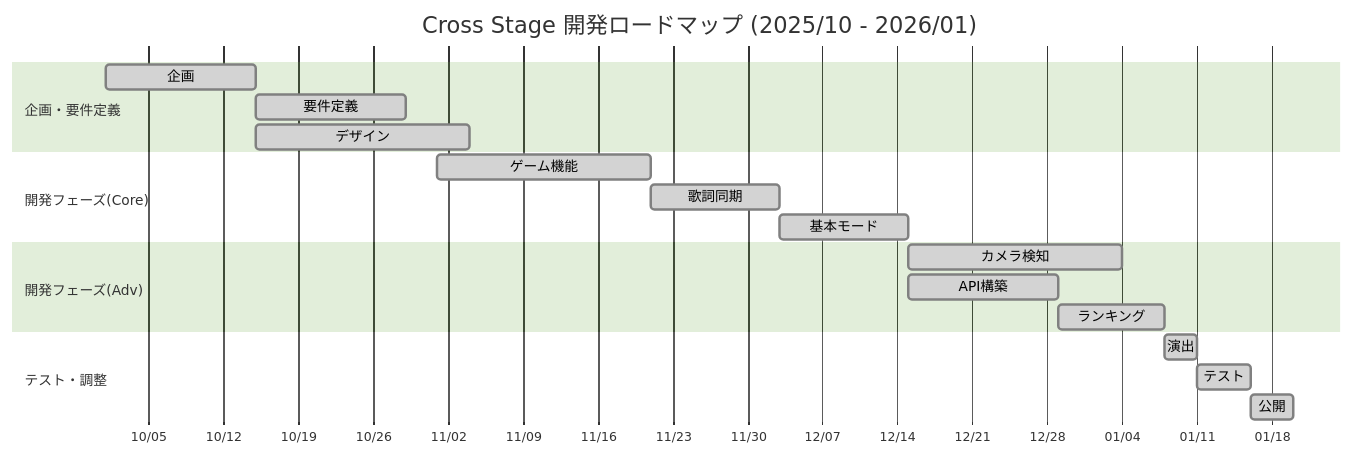
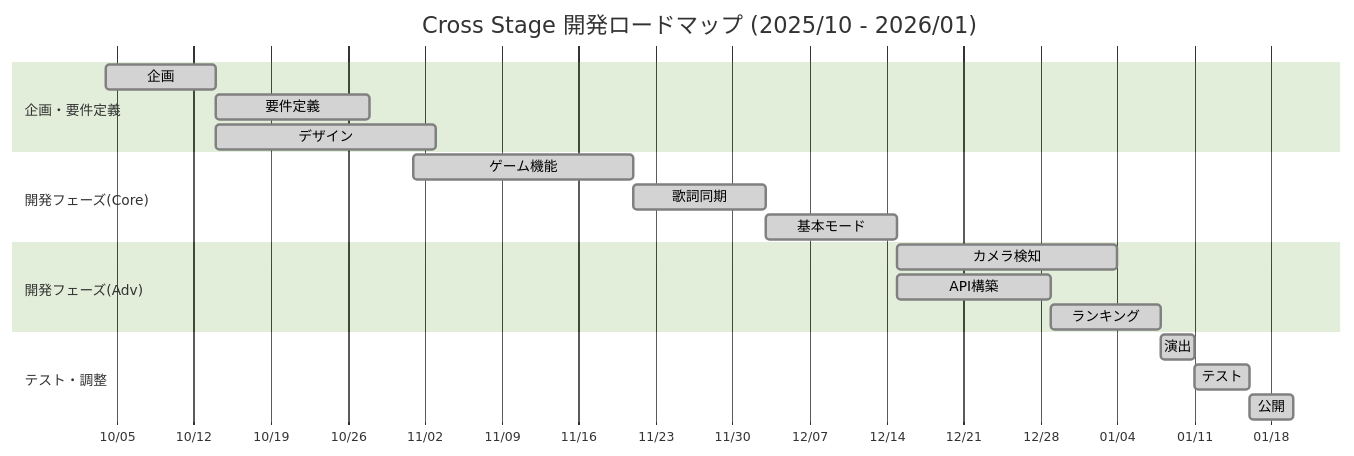
One commit to syusyusyusyu/star changed the sixth of 9 diagrams in README.md. Above: the diagram before and after it, drawn with Mermaid (forest theme).

Commit message:
fix: 企画の開始日を2025-10-01から2025-10-04に変更

````diff
--- a/README.md
+++ b/README.md
@@ -193,26 +193,26 @@
 ```mermaid
 gantt
     title Cross Stage 開発ロードマップ (2025/10 - 2026/01)
     dateFormat  YYYY-MM-DD
     axisFormat %m/%d
     
     section 企画・要件定義
-    企画               :done, a1, 2025-10-01, 14d
+    企画               :done, a1, 2025-10-04, 10d
     要件定義           :done, a2, after a1, 14d
     デザイン           :done, a3, after a1, 20d
     
     section 開発フェーズ(Core)
     ゲーム機能       :done, b1, 2025-11-01, 20d
     歌詞同期           :done, b2, after b1, 12d
     基本モード         :done, b3, after b2, 12d
     
     section 開発フェーズ(Adv)
     カメラ検知         :done, c1, after b3, 20d
     API構築            :done, c2, after b3, 14d
     ランキング         :done, c3, after c2, 10d
     
     section テスト・調整
     演出               :done, d1, 2026-01-08, 3d
     テスト             :done, d2, after d1, 5d
     公開               :done, d3, after d2, 4d
 ```
````
